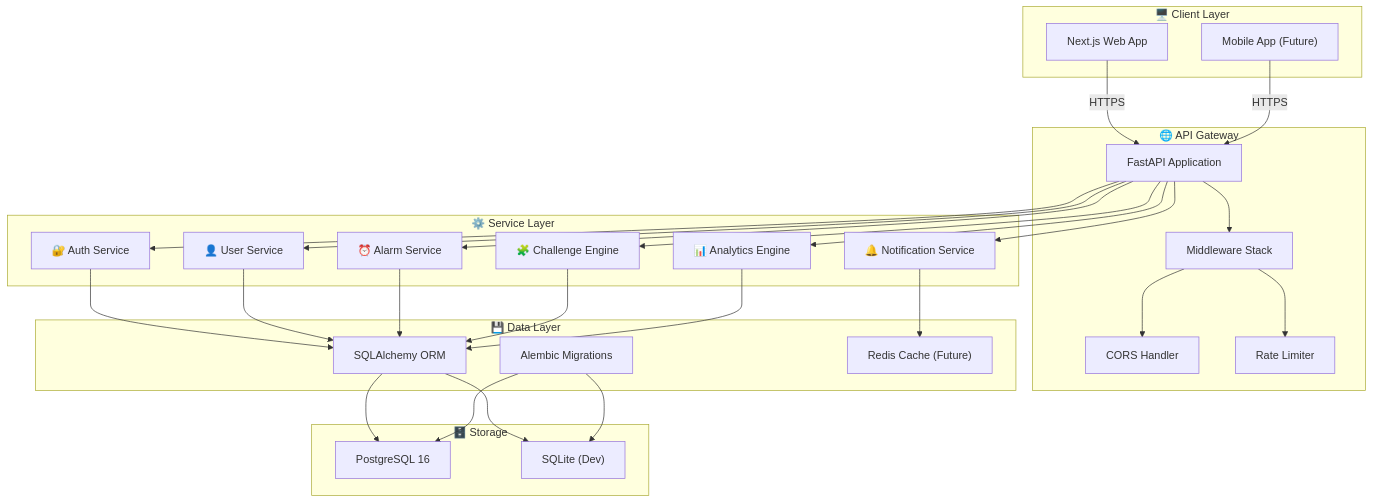
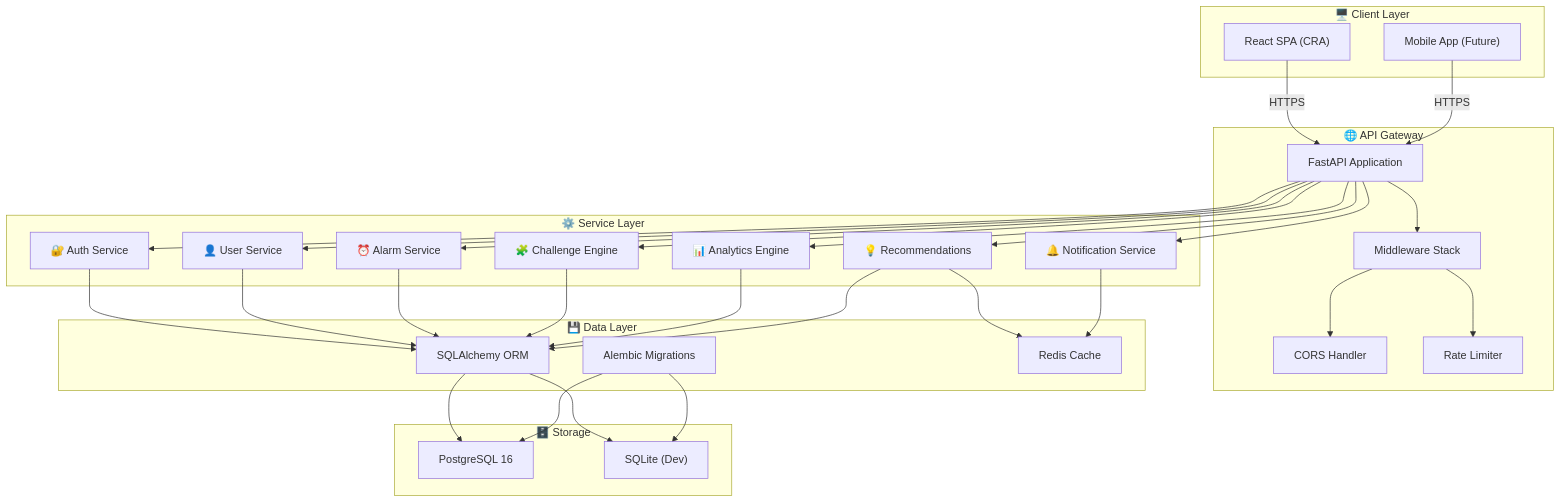
Before and after one commit to krithikananth/Cognitive-Alarm-Platform: the first of 5 diagrams in docs/architecture.md, drawn with Mermaid. The commit also changed other lines of this file and 27 other files, not shown here.

````diff
--- a/docs/architecture.md
+++ b/docs/architecture.md
@@ -22,56 +22,60 @@
 ```mermaid
 graph TB
     subgraph Client["🖥️ Client Layer"]
-        WEB["Next.js Web App"]
+        WEB["React SPA (CRA)"]
         MOBILE["Mobile App (Future)"]
     end
 
     subgraph Gateway["🌐 API Gateway"]
         FASTAPI["FastAPI Application"]
         MIDDLEWARE["Middleware Stack"]
         CORS["CORS Handler"]
         RATELIMIT["Rate Limiter"]
     end
 
     subgraph Services["⚙️ Service Layer"]
         AUTH["🔐 Auth Service"]
         USER["👤 User Service"]
         ALARM["⏰ Alarm Service"]
         CHALLENGE["🧩 Challenge Engine"]
         ANALYTICS["📊 Analytics Engine"]
+        RECS["💡 Recommendations"]
         NOTIFICATION["🔔 Notification Service"]
     end
 
     subgraph Data["💾 Data Layer"]
         ORM["SQLAlchemy ORM"]
         ALEMBIC["Alembic Migrations"]
-        CACHE["Redis Cache (Future)"]
+        CACHE["Redis Cache"]
     end
 
     subgraph Storage["🗄️ Storage"]
         POSTGRES["PostgreSQL 16"]
         SQLITE["SQLite (Dev)"]
     end
 
     WEB -->|HTTPS| FASTAPI
     MOBILE -->|HTTPS| FASTAPI
     FASTAPI --> MIDDLEWARE
     MIDDLEWARE --> CORS
     MIDDLEWARE --> RATELIMIT
     FASTAPI --> AUTH
     FASTAPI --> USER
     FASTAPI --> ALARM
     FASTAPI --> CHALLENGE
     FASTAPI --> ANALYTICS
+    FASTAPI --> RECS
     FASTAPI --> NOTIFICATION
     AUTH --> ORM
     USER --> ORM
     ALARM --> ORM
     CHALLENGE --> ORM
     ANALYTICS --> ORM
+    RECS --> ORM
+    RECS --> CACHE
     ORM --> POSTGRES
     ORM --> SQLITE
     ALEMBIC --> POSTGRES
     ALEMBIC --> SQLITE
     NOTIFICATION --> CACHE
 ```
````
